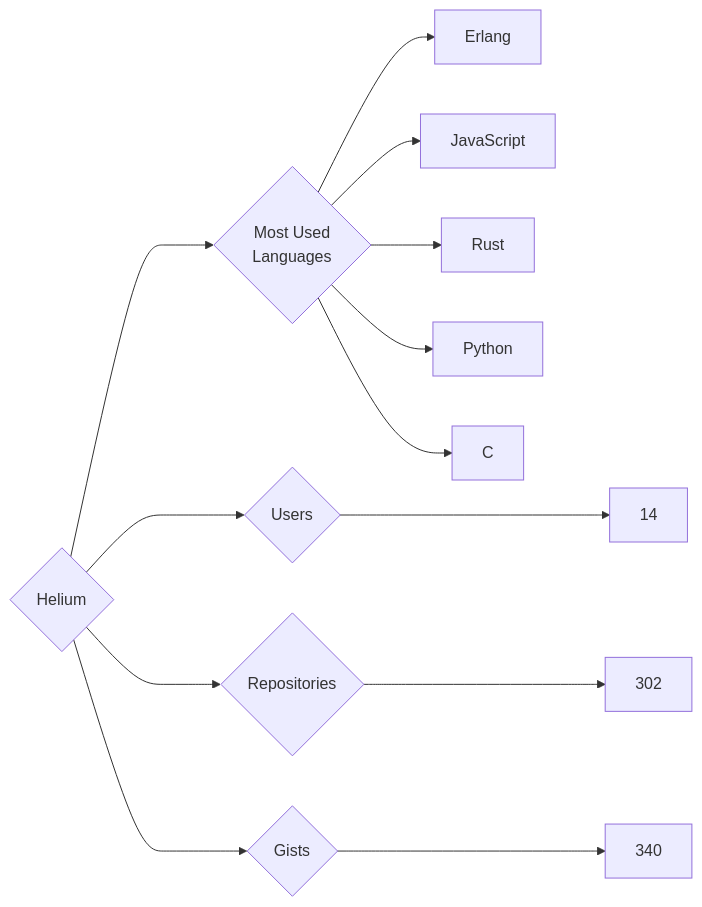
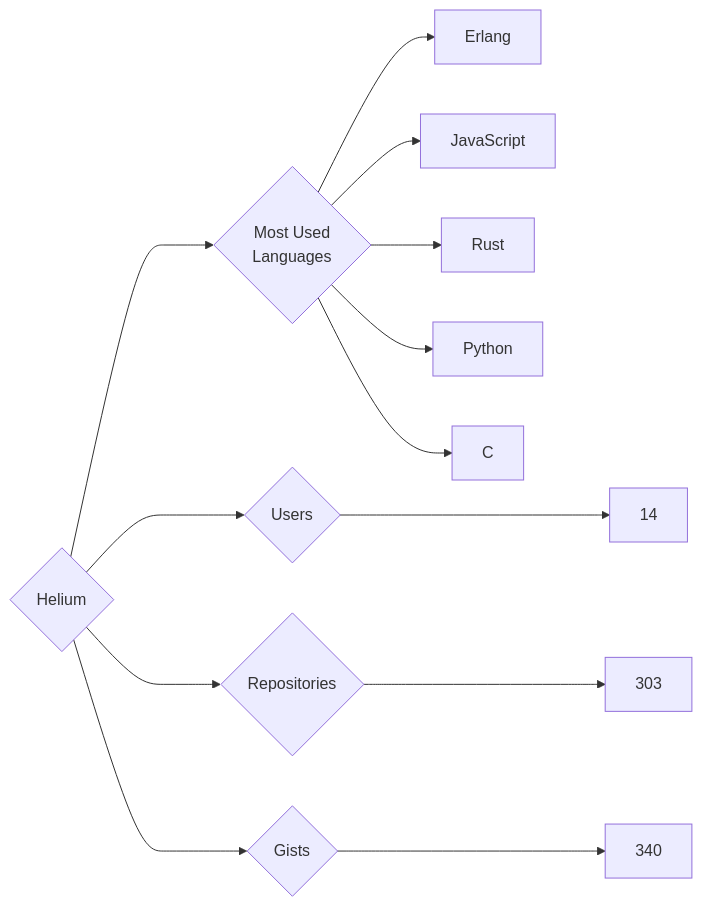
Before and after one commit to trickest/insiders: the diagram in targets/Helium/README.md, drawn with Mermaid. The commit also changed 611 other files, not shown here.

````diff
--- a/targets/Helium/README.md
+++ b/targets/Helium/README.md
@@ -3,13 +3,13 @@
 ```mermaid
 graph LR
 COMPANY_NAME{Helium}
 COMPANY_NAME ---> U{Users} ---> UN[14]
-COMPANY_NAME ---> R{Repositories} ---> RN[302]
+COMPANY_NAME ---> R{Repositories} ---> RN[303]
 COMPANY_NAME ---> G{Gists} ---> GN[340]
 COMPANY_NAME ---> ML{Most Used<br>Languages}
 ML --> Erlang[Erlang]
 ML --> JavaScript[JavaScript]
 ML --> Rust[Rust]
 ML --> Python[Python]
 ML --> C[C]
 ```
````
